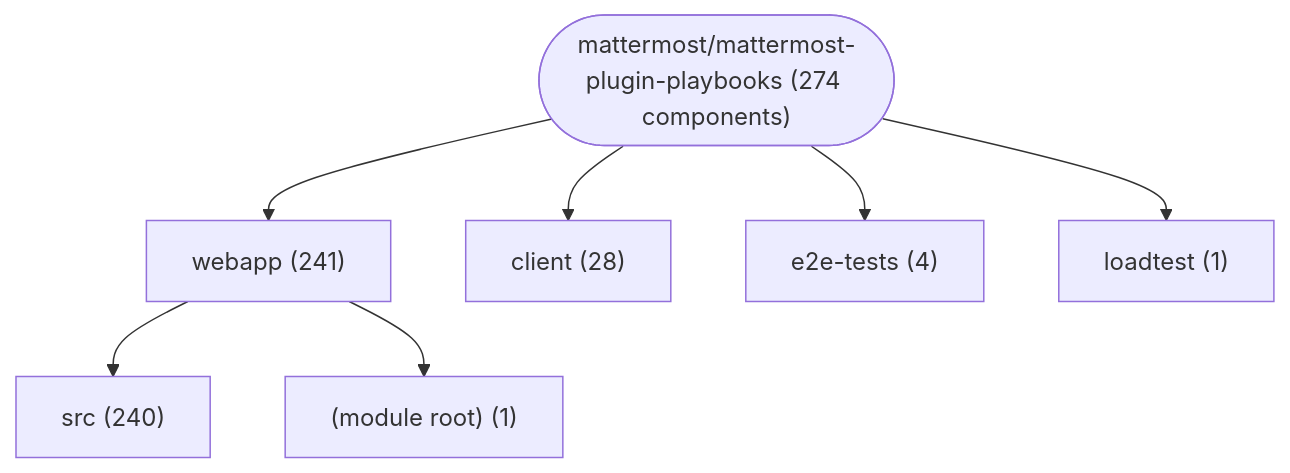
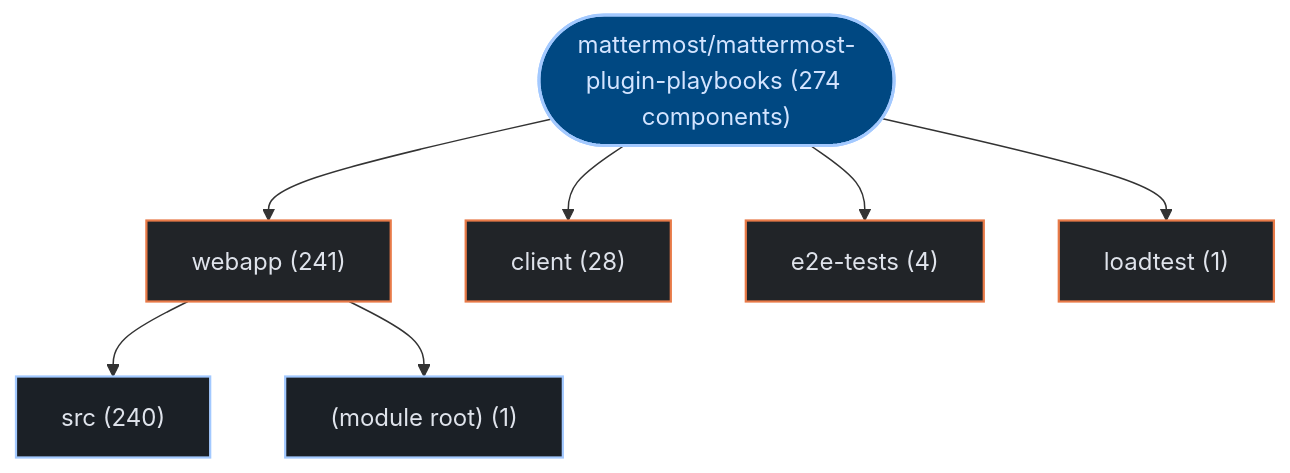
One commit to kumarshaz/atruss-code-atlas changed the first of 3 diagrams in exports/latest/reports/mattermost-mattermost-plugin-playbooks-report.md. Above: the diagram before and after it, drawn with Mermaid. The commit also changed other lines of this file and 331 other files, not shown here.

Commit message:
docs,ui,fix: update SDLC docs, reorder CI/CD DAG first, stylize Mermaid, and fix Arc42 pipeline topology

````diff
--- a/exports/latest/reports/mattermost-mattermost-plugin-playbooks-report.md
+++ b/exports/latest/reports/mattermost-mattermost-plugin-playbooks-report.md
@@ -42,16 +42,23 @@
 ```mermaid
 graph TD;
-    repo_root(["mattermost/mattermost-plugin-playbooks (274 components)"])
-    dir_0_webapp["webapp (241)"]
+  classDef atlasRoot fill:#004882,stroke:#a3c9ff,stroke-width:2px,color:#d3e4ff
+  classDef atlasCategory fill:#212428,stroke:#E87A48,stroke-width:1.5px,color:#dfe3eb
+  classDef atlasWorkflow fill:#1b2026,stroke:#a3c9ff,stroke-width:1.5px,color:#dfe3eb
+  classDef atlasJob fill:#171c22,stroke:#8d9199,stroke-width:1px,color:#dfe3eb
+  classDef atlasTarget fill:#005227,stroke:#8bd99b,stroke-width:1.5px,color:#a7f6b6
+  classDef atlasAlert fill:#93000a,stroke:#ffb4ab,stroke-width:1.5px,color:#ffdad6
+  classDef atlasMore fill:#252a31,stroke:#8d9199,stroke-dasharray:4 4,color:#c3c6cf
+    repo_root(["mattermost/mattermost-plugin-playbooks (274 components)"]):::atlasRoot
+    dir_0_webapp["webapp (241)"]:::atlasCategory
     repo_root --> dir_0_webapp
-    sub_0_0_src["src (240)"]
+    sub_0_0_src["src (240)"]:::atlasWorkflow
     dir_0_webapp --> sub_0_0_src
-    sub_0_1__module_root_["(module root) (1)"]
+    sub_0_1__module_root_["(module root) (1)"]:::atlasWorkflow
     dir_0_webapp --> sub_0_1__module_root_
-    dir_1_client["client (28)"]
+    dir_1_client["client (28)"]:::atlasCategory
     repo_root --> dir_1_client
-    dir_2_e2e_tests["e2e-tests (4)"]
+    dir_2_e2e_tests["e2e-tests (4)"]:::atlasCategory
     repo_root --> dir_2_e2e_tests
-    dir_3_loadtest["loadtest (1)"]
+    dir_3_loadtest["loadtest (1)"]:::atlasCategory
     repo_root --> dir_3_loadtest
 ```
````
